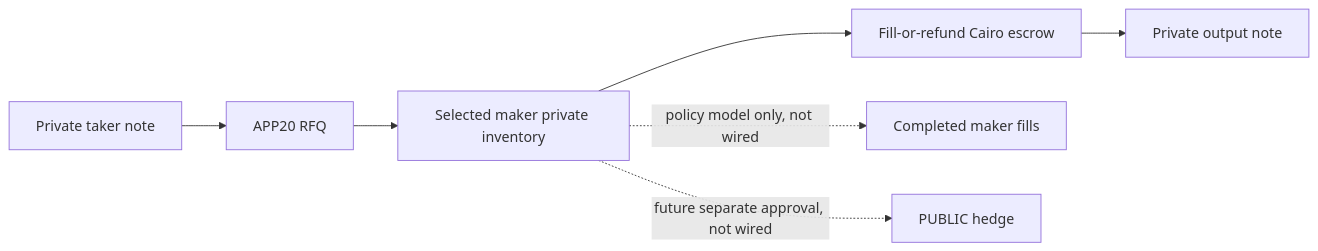
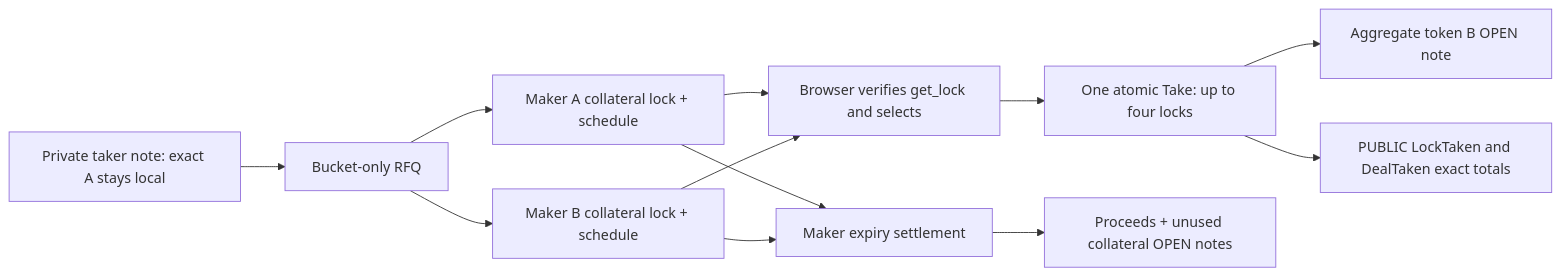
Before and after one commit to gstohl/app20: the ninth of 10 diagrams in docs/APP20_SWAP_FLOWS.md, drawn with Mermaid. The commit also changed other lines of this file and 80 other files, not shown here.

First line of the commit message:
feat(rfq-v3): desk presentation for atomic collateralized RFQs, v3 documentation, formatter pass

````diff
--- a/docs/APP20_SWAP_FLOWS.md
+++ b/docs/APP20_SWAP_FLOWS.md
@@ -224,9 +226,14 @@
 ```mermaid
 flowchart LR
-  T[Private taker note] --> Q[APP20 RFQ]
-  Q --> I[Selected maker private inventory]
-  I --> E[Fill-or-refund Cairo escrow]
-  E --> U[Private output note]
-  I -. policy model only, not wired .-> N[Completed maker fills]
-  I -. future separate approval, not wired .-> H[PUBLIC hedge]
+  T[Private taker note: exact A stays local] --> Q[Bucket-only RFQ]
+  Q --> A[Maker A collateral lock + schedule]
+  Q --> B[Maker B collateral lock + schedule]
+  A --> S[Browser verifies get_lock and selects]
+  B --> S
+  S --> X[One atomic Take: up to four locks]
+  X --> U[Aggregate token B OPEN note]
+  X --> P[PUBLIC LockTaken and DealTaken exact totals]
+  A --> M[Maker expiry settlement]
+  B --> M
+  M --> R[Proceeds + unused collateral OPEN notes]
 ```
````
